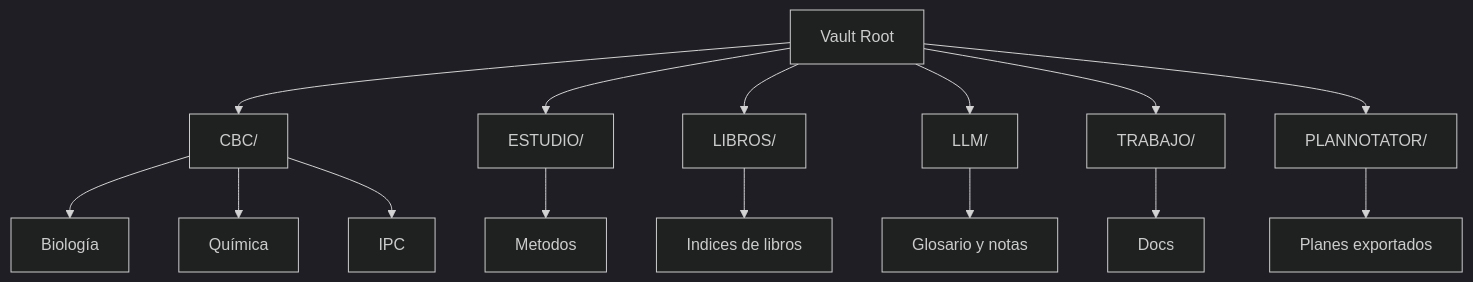
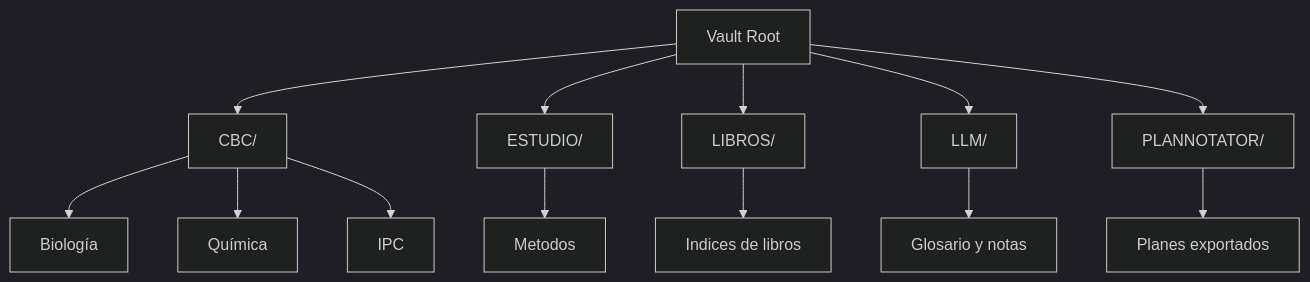
One commit to Igabr13l/obsidian-vault changed the diagram in AGENTS.md. Above: the diagram before and after it, drawn with Mermaid (dark theme). The commit also changed other lines of this file and 3 other files, not shown here.

````diff
--- a/AGENTS.md
+++ b/AGENTS.md
@@ -18,18 +17,16 @@
 ```mermaid
 graph TD
     Root[Vault Root] --> CBC[CBC/]
     Root --> EST[ESTUDIO/]
     Root --> LIB[LIBROS/]
     Root --> LLM[LLM/]
-    Root --> JOB[TRABAJO/]
     Root --> PLA[PLANNOTATOR/]
     
     CBC --> BIO[Biología]
     CBC --> QUI[Química]
     CBC --> IPC[IPC]
     EST --> MET[Metodos]
     LIB --> RE[Indices de libros]
     LLM --> GLO[Glosario y notas]
-    JOB --> DOC[Docs]
     PLA --> EXP[Planes exportados]
 ```
````
